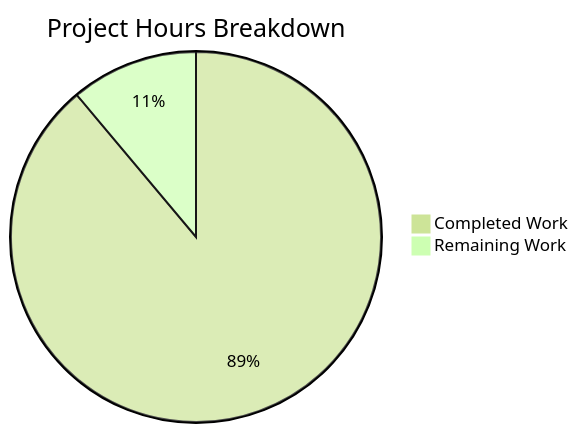
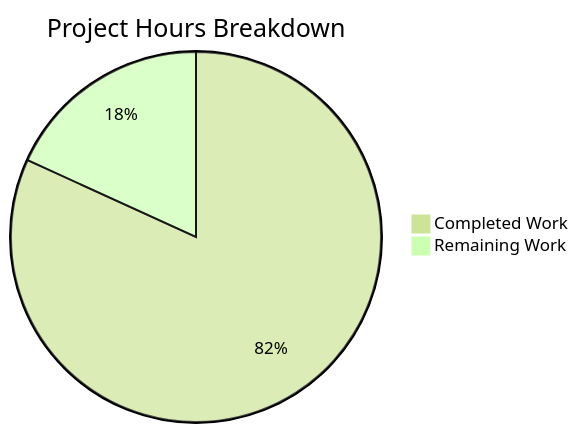
Before and after one commit to blitzytest02/NOV24_6: the first of 2 diagrams in blitzy/documentation/Project Guide.md, drawn with Mermaid (forest theme). The commit also changed other lines of this file, not shown here.

Commit message:
Adding Blitzy Project Guide: Project Status and Human Tasks Remaining

````diff
--- a/blitzy/documentation/Project Guide.md
+++ b/blitzy/documentation/Project Guide.md
@@ -77,5 +79,5 @@
 ```mermaid
 pie title Project Hours Breakdown
-    "Completed Work" : 4
-    "Remaining Work" : 0.5
+    "Completed Work" : 4.5
+    "Remaining Work" : 1
 ```
````
